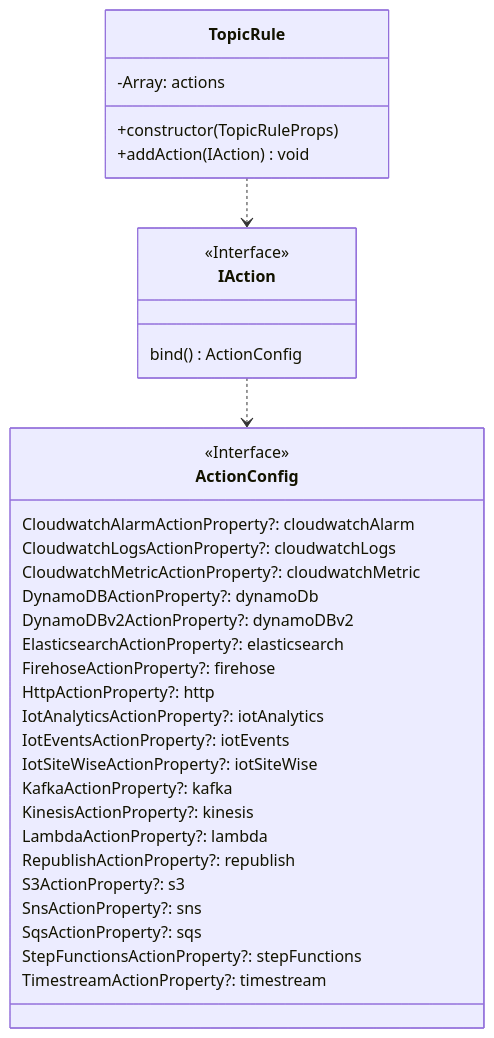
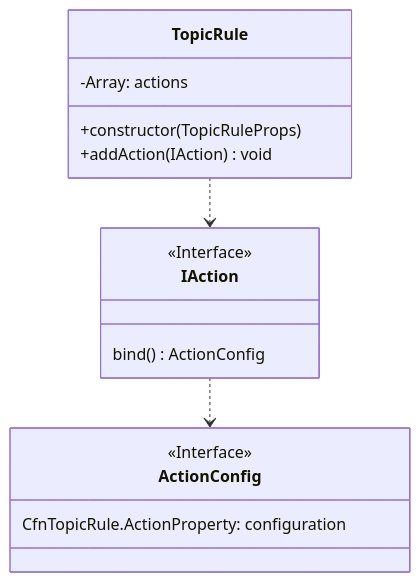
One commit to yamatatsu/zenn-contents changed the first of 9 diagrams in articles/2021-09-19-aws-cdk-iot-l2.md. Above: the diagram before and after it, drawn with Mermaid. The commit also changed other lines of this file, not shown here.

````diff
--- a/articles/2021-09-19-aws-cdk-iot-l2.md
+++ b/articles/2021-09-19-aws-cdk-iot-l2.md
@@ -21,41 +23,22 @@
 ```mermaid
 classDiagram
   TopicRule ..> IAction
   IAction ..> ActionConfig
 
   class TopicRule {
     -Array<IAction>: actions
     +constructor(TopicRuleProps)
     +addAction(IAction) void
   }
 
   class IAction{
     bind() ActionConfig
   }
   <<Interface>> IAction
 
   class ActionConfig{
-    CloudwatchAlarmActionProperty?: cloudwatchAlarm
-    CloudwatchLogsActionProperty?: cloudwatchLogs
-    CloudwatchMetricActionProperty?: cloudwatchMetric
-    DynamoDBActionProperty?: dynamoDb
-    DynamoDBv2ActionProperty?: dynamoDBv2
-    ElasticsearchActionProperty?: elasticsearch
-    FirehoseActionProperty?: firehose
-    HttpActionProperty?: http
-    IotAnalyticsActionProperty?: iotAnalytics
-    IotEventsActionProperty?: iotEvents
-    IotSiteWiseActionProperty?: iotSiteWise
-    KafkaActionProperty?: kafka
-    KinesisActionProperty?: kinesis
-    LambdaActionProperty?: lambda
-    RepublishActionProperty?: republish
-    S3ActionProperty?: s3
-    SnsActionProperty?: sns
-    SqsActionProperty?: sqs
-    StepFunctionsActionProperty?: stepFunctions
-    TimestreamActionProperty?: timestream
+    CfnTopicRule.ActionProperty: configuration
   }
   <<Interface>> ActionConfig
 
 ```
````
